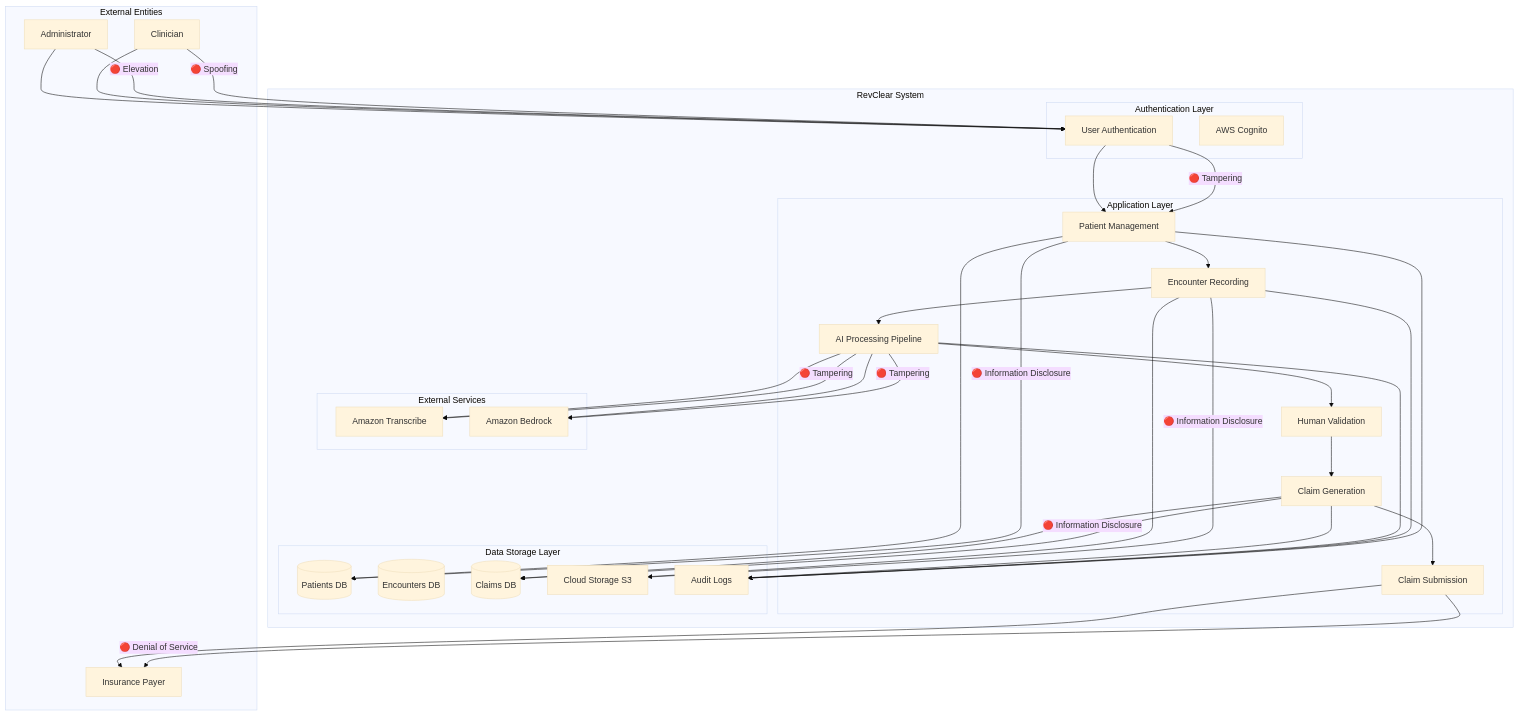
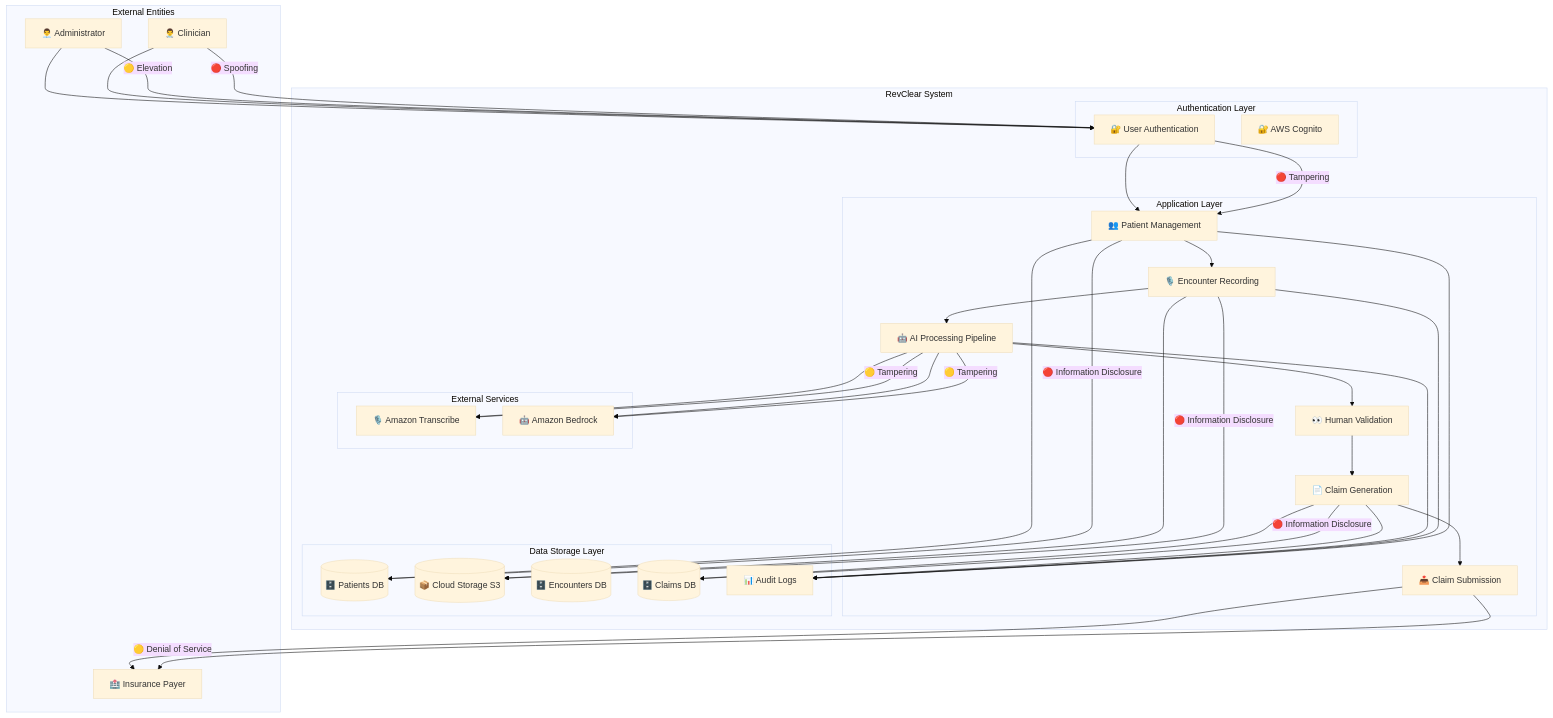
Before and after one commit to hpppm/revclear: the diagram in docs/STRIDE_THREAT_MODEL.md, drawn with Mermaid (base theme). The commit also changed other lines of this file and 3 other files, not shown here.

````diff
--- a/docs/STRIDE_THREAT_MODEL.md
+++ b/docs/STRIDE_THREAT_MODEL.md
@@ -23,68 +23,68 @@
 ```mermaid
 flowchart TB
     subgraph "External Entities"
-        C[Clinician]
-        A[Administrator]
-        P[Insurance Payer]
+        C[👨‍⚕️ Clinician]
+        A[👨‍💼 Administrator]
+        P[🏥 Insurance Payer]
     end
     
     subgraph "RevClear System"
         subgraph "Authentication Layer"
-            AUTH[User Authentication]
-            COG[AWS Cognito]
+            AUTH[🔐 User Authentication]
+            COG[🔐 AWS Cognito]
         end
         
         subgraph "Application Layer"
-            PM[Patient Management]
-            ER[Encounter Recording]
-            AI[AI Processing Pipeline]
-            HITL[Human Validation]
-            CG[Claim Generation]
-            CS[Claim Submission]
+            PM[👥 Patient Management]
+            ER[🎙️ Encounter Recording]
+            AI[🤖 AI Processing Pipeline]
+            HITL[👀 Human Validation]
+            CG[📄 Claim Generation]
+            CS[📤 Claim Submission]
         end
         
         subgraph "Data Storage Layer"
-            DB1[(Patients DB)]
-            DB2[(Encounters DB)]
-            DB3[(Claims DB)]
-            S3[Cloud Storage S3]
-            LOGS[Audit Logs]
+            DB1[(🗄️ Patients DB)]
+            DB2[(📦 Cloud Storage S3)]
+            DB3[(🗄️ Encounters DB)]
+            DB4[(🗄️ Claims DB)]
+            LOGS[📊 Audit Logs]
         end
         
         subgraph "External Services"
-            TS[Amazon Transcribe]
-            BR[Amazon Bedrock]
+            TS[🎙️ Amazon Transcribe]
+            BR[🤖 Amazon Bedrock]
         end
     end
     
     %% Threat Indicators
     C -- "🔴 Spoofing" --> AUTH
-    A -- "🔴 Elevation" --> AUTH
+    A -- "🟡 Elevation" --> AUTH
     AUTH -- "🔴 Tampering" --> PM
     PM -- "🔴 Information Disclosure" --> DB1
-    ER -- "🔴 Information Disclosure" --> S3
-    AI -- "🔴 Tampering" --> TS
-    AI -- "🔴 Tampering" --> BR
-    CG -- "🔴 Information Disclosure" --> DB3
-    CS -- "🔴 Denial of Service" --> P
+    ER -- "🔴 Information Disclosure" --> DB2
+    AI -- "🟡 Tampering" --> TS
+    AI -- "🟡 Tampering" --> BR
+    CG -- "🔴 Information Disclosure" --> DB4
+    CS -- "🟡 Denial of Service" --> P
     
     %% Data Flows
     C --> AUTH
     A --> AUTH
     AUTH --> PM
     PM --> DB1
     PM --> ER
-    ER --> S3
+    ER --> DB2
     ER --> AI
     AI --> TS
     AI --> BR
     AI --> HITL
     HITL --> CG
-    CG --> DB3
+    CG --> DB4
     CG --> CS
     CS --> P
     PM --> LOGS
     ER --> LOGS
     AI --> LOGS
     CG --> LOGS
 ```
````
